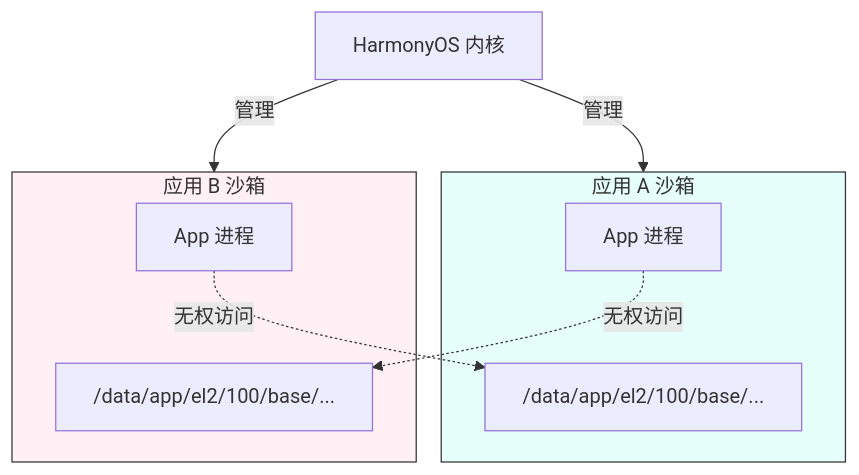
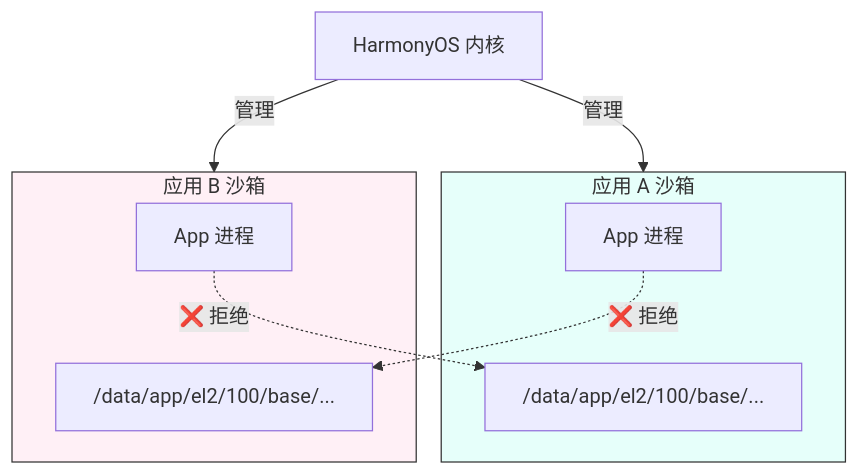
Before and after one commit to briefness/LZYBlog: the first of 3 diagrams in docs/posts/harmonyos/Articles/Hardware.md, drawn with Mermaid. The commit also changed other lines of this file and 50 other files, not shown here.

````diff
--- a/docs/posts/harmonyos/Articles/Hardware.md
+++ b/docs/posts/harmonyos/Articles/Hardware.md
@@ -16,22 +16,22 @@
 ```mermaid
 graph TD
     Kernel["HarmonyOS 内核"]
     
     subgraph Sandbox_A ["应用 A 沙箱"]
         ProcessA["App 进程"]
         DataA["/data/app/el2/100/base/..."]
     end
     
     subgraph Sandbox_B ["应用 B 沙箱"]
         ProcessB["App 进程"]
         DataB["/data/app/el2/100/base/..."]
     end
     
-    ProcessA -.->|无权访问| DataB
-    ProcessB -.->|无权访问| DataA
+    ProcessA -.->|❌ 拒绝| DataB
+    ProcessB -.->|❌ 拒绝| DataA
     Kernel -->|管理| Sandbox_A
     Kernel -->|管理| Sandbox_B
     
     style Sandbox_A fill:#e6fffa,stroke:#333
     style Sandbox_B fill:#fff0f6,stroke:#333
 ```
````
